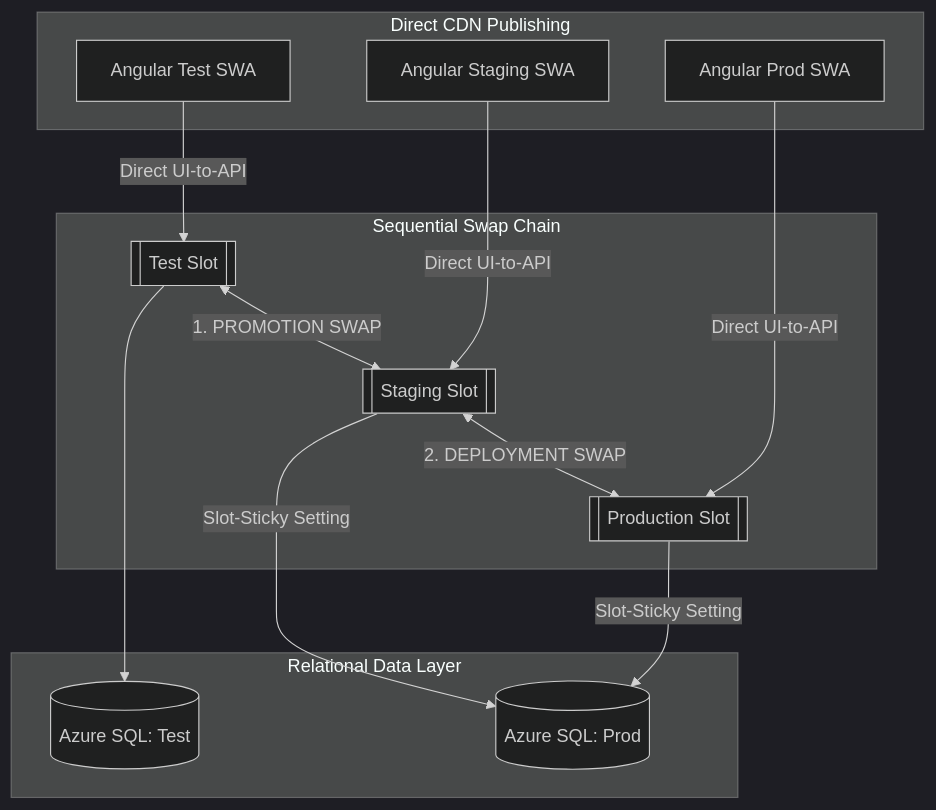
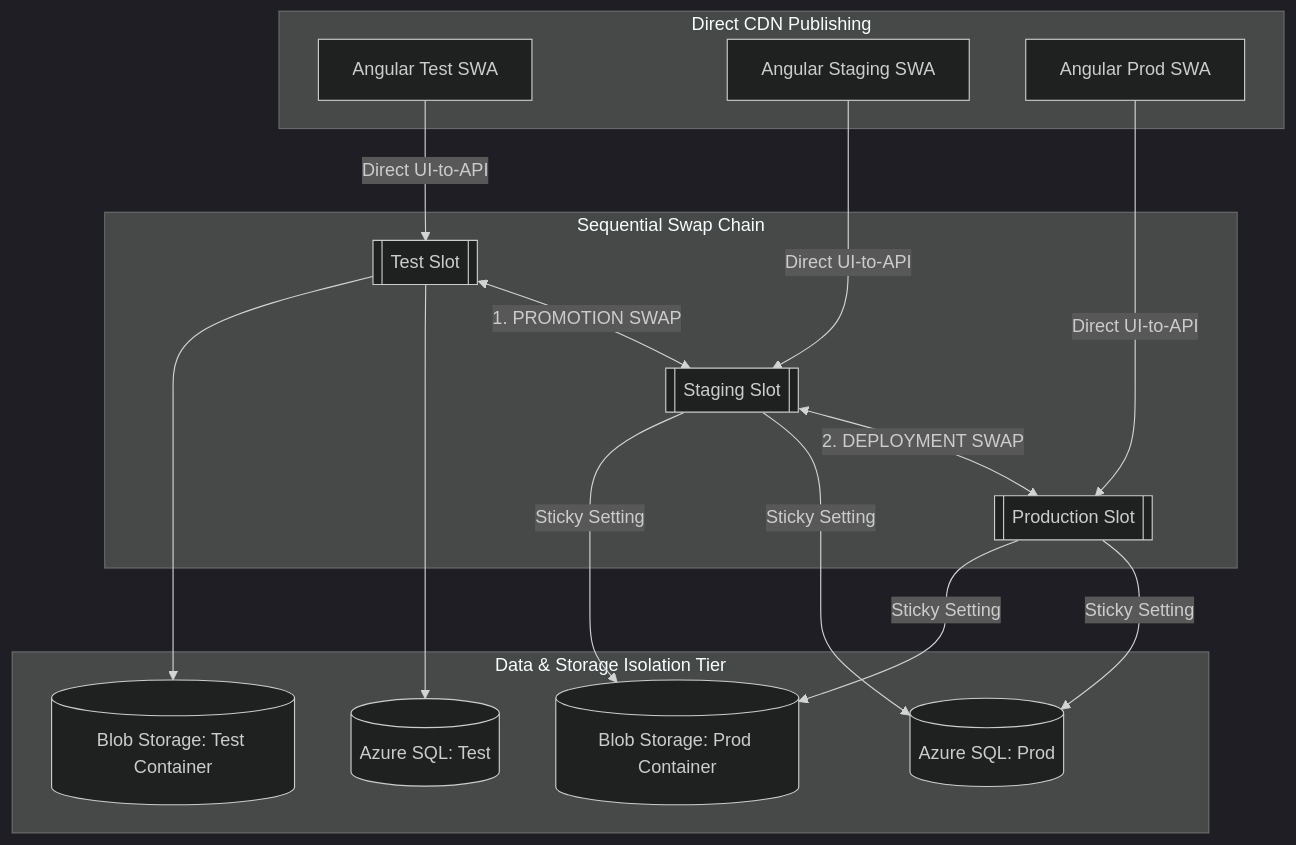
Before and after one commit to acforbes/freight-logistics-architecture: the first of 3 diagrams in presentation.md, drawn with Mermaid (dark theme). The commit also changed other lines of this file and 2 other files, not shown here.

Commit message:
docs: split blob storage into test and prod with sticky staging to prod

````diff
--- a/presentation.md
+++ b/presentation.md
@@ -53,23 +53,28 @@
  ```mermaid
 graph TD
     subgraph Frontend Layer [Direct CDN Publishing]
         SWA_Test[Angular Test SWA]
         SWA_Stag[Angular Staging SWA]
         SWA_Prod[Angular Prod SWA]
     end
 
     subgraph Backend App Service Plan [Sequential Swap Chain]
-        SWA_Test -->|Direct UI-to-API| API_Test[[Test Slot]]
+        SWA_Test -->|Direct UI-to-API| Slot_Test[[Test Slot]]
         SWA_Stag -->|Direct UI-to-API| Slot_Stag[[Staging Slot]]
         SWA_Prod -->|Direct UI-to-API| Slot_Prod[[Production Slot]]
         
-        API_Test <-->|1. PROMOTION SWAP| Slot_Stag
+        Slot_Test <-->|1. PROMOTION SWAP| Slot_Stag
         Slot_Stag <-->|2. DEPLOYMENT SWAP| Slot_Prod
     end
 
-    subgraph Relational Data Layer
-        API_Test --> DB_Test[(Azure SQL: Test)]
-        Slot_Stag -->|Slot-Sticky Setting| DB_Prod_Main[(Azure SQL: Prod)]
-        Slot_Prod -->|Slot-Sticky Setting| DB_Prod_Main
+    subgraph Data & Storage Isolation Tier
+        Slot_Test --> DB_Test[(Azure SQL: Test)]
+        Slot_Test --> Blob_Test[(Blob Storage: Test Container)]
+        
+        Slot_Stag -->|Sticky Setting| DB_Prod_Main[(Azure SQL: Prod)]
+        Slot_Prod -->|Sticky Setting| DB_Prod_Main
+        
+        Slot_Stag -->|Sticky Setting| Blob_Prod[(Blob Storage: Prod Container)]
+        Slot_Prod -->|Sticky Setting| Blob_Prod
     end
 ```
````
